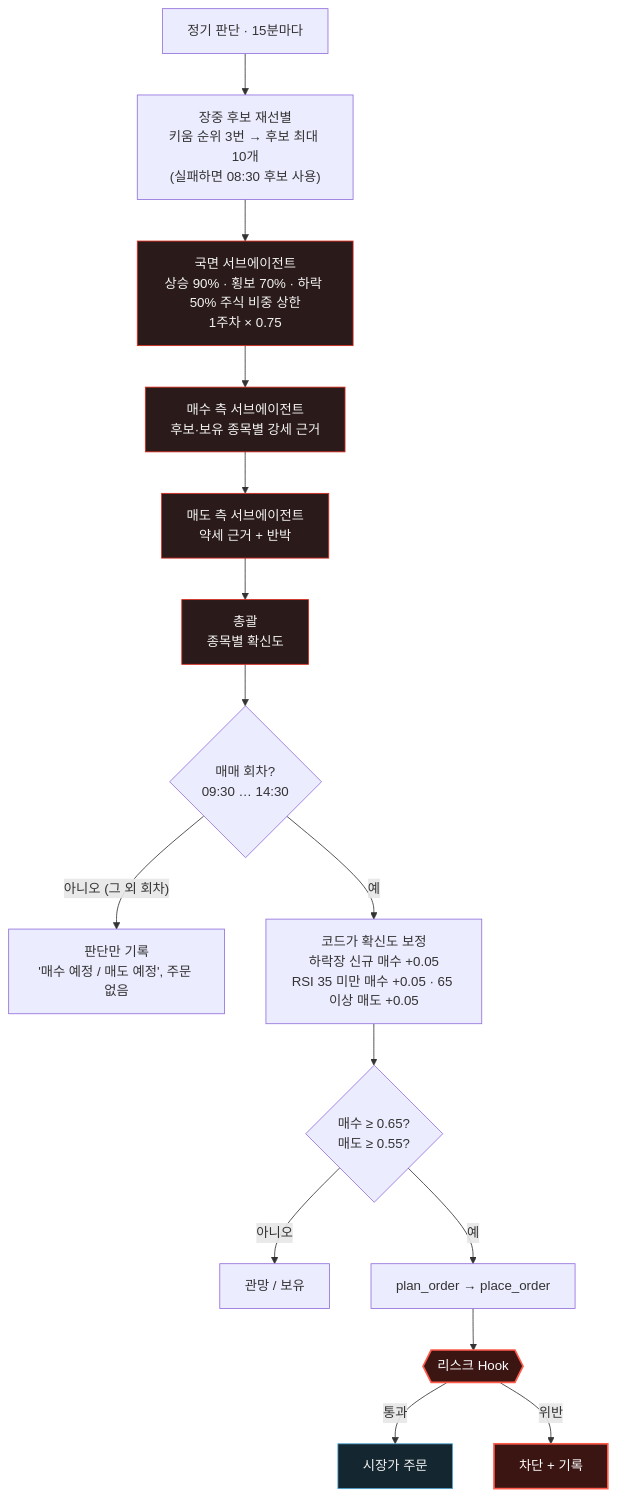
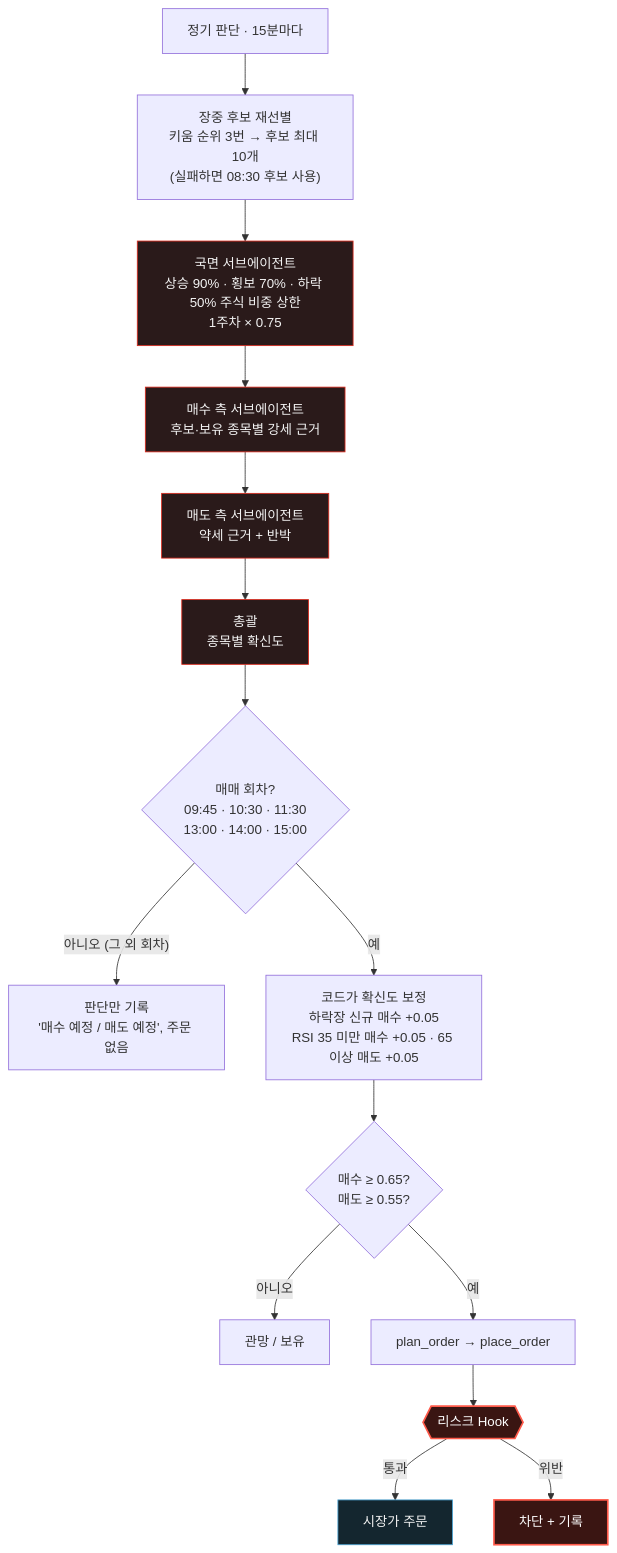
Before and after one commit to isopink/hynix-298f: the diagram in assets/diagrams/decision.ko.mmd, drawn with Mermaid. The commit also changed 12 other files, not shown here.

```diff
--- a/assets/diagrams/decision.ko.mmd
+++ b/assets/diagrams/decision.ko.mmd
@@ -1,21 +1,21 @@
 flowchart TB
     S["정기 판단 · 15분마다"] --> P["장중 후보 재선별<br/>키움 순위 3번 → 후보 최대 10개<br/>(실패하면 08:30 후보 사용)"]
     P --> G["국면 서브에이전트<br/>상승 90% · 횡보 70% · 하락 50% 주식 비중 상한<br/>1주차 × 0.75"]
     G --> B["매수 측 서브에이전트<br/>후보·보유 종목별 강세 근거"]
     B --> R["매도 측 서브에이전트<br/>약세 근거 + 반박"]
     R --> L["총괄<br/>종목별 확신도"]
-    L --> T{"매매 회차?<br/>09:30 … 14:30"}
+    L --> T{"매매 회차?<br/>09:45 · 10:30 · 11:30<br/>13:00 · 14:00 · 15:00"}
     T -- "아니오 (그 외 회차)" --> V["판단만 기록<br/>'매수 예정 / 매도 예정', 주문 없음"]
     T -- 예 --> C["코드가 확신도 보정<br/>하락장 신규 매수 +0.05<br/>RSI 35 미만 매수 +0.05 · 65 이상 매도 +0.05"]
     C --> Q{"매수 ≥ 0.65?<br/>매도 ≥ 0.55?"}
     Q -- 아니오 --> W["관망 / 보유"]
     Q -- 예 --> Z["plan_order → place_order"]
     Z --> H{{"리스크 Hook"}}
     H -- 통과 --> O["시장가 주문"]
     H -- 위반 --> X["차단 + 기록"]
     classDef agent fill:#2a1a1a,stroke:#da291c,color:#f3f3f3
     classDef hook fill:#3a1512,stroke:#ff5a4a,stroke-width:2px,color:#ffffff
     classDef ok fill:#14262f,stroke:#4aa3d4,color:#f3f3f3
     class G,B,R,L agent
     class H,X hook
     class O ok
```
